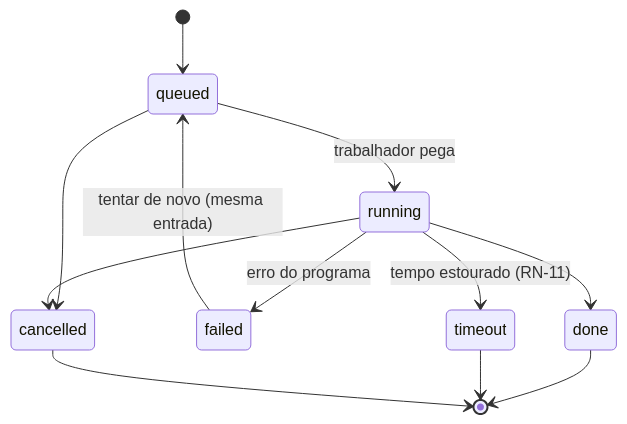
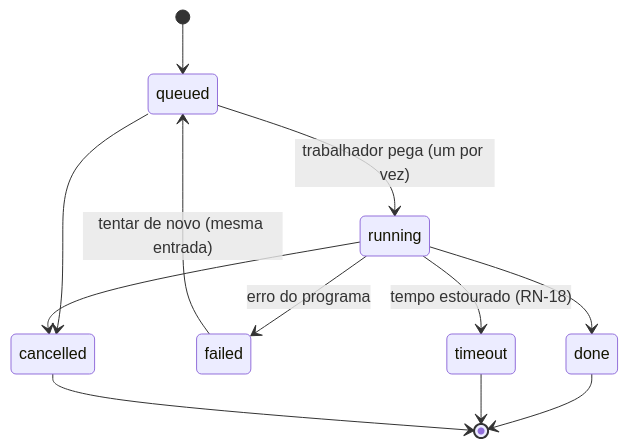
The fifth of 5 diagrams in modulo-laravel/05-fluxos-e-estados.md (diegofmonteiro/skill-diretor-de-movimento), drawn with Mermaid before and after one commit. The commit also changed other lines of this file and 260 other files, not shown here.

````diff
--- a/modulo-laravel/05-fluxos-e-estados.md
+++ b/modulo-laravel/05-fluxos-e-estados.md
@@ -60,14 +79,14 @@
 ```mermaid
 stateDiagram-v2
     [*] --> queued
-    queued --> running: trabalhador pega
+    queued --> running: trabalhador pega (um por vez)
     running --> done
     running --> failed: erro do programa
-    running --> timeout: tempo estourado (RN-11)
+    running --> timeout: tempo estourado (RN-18)
     queued --> cancelled
     running --> cancelled
     failed --> queued: tentar de novo (mesma entrada)
     done --> [*]
     timeout --> [*]
     cancelled --> [*]
 ```
````
